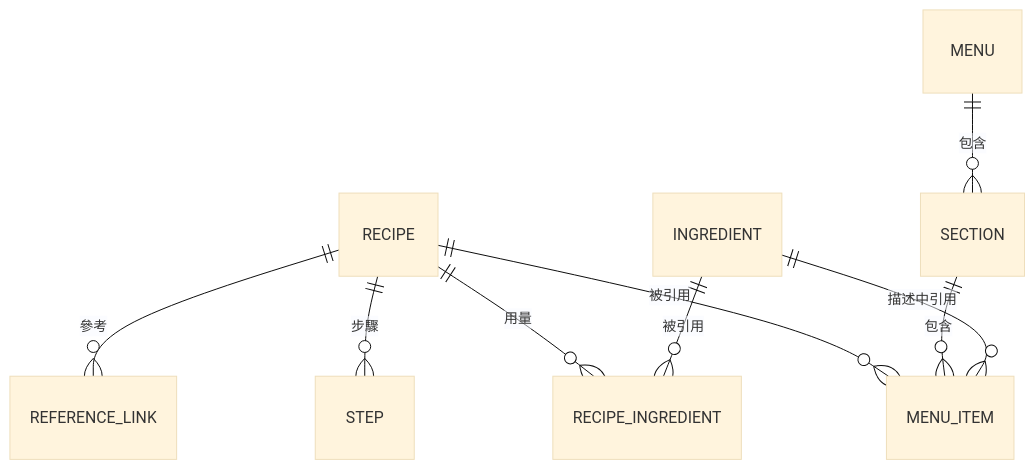
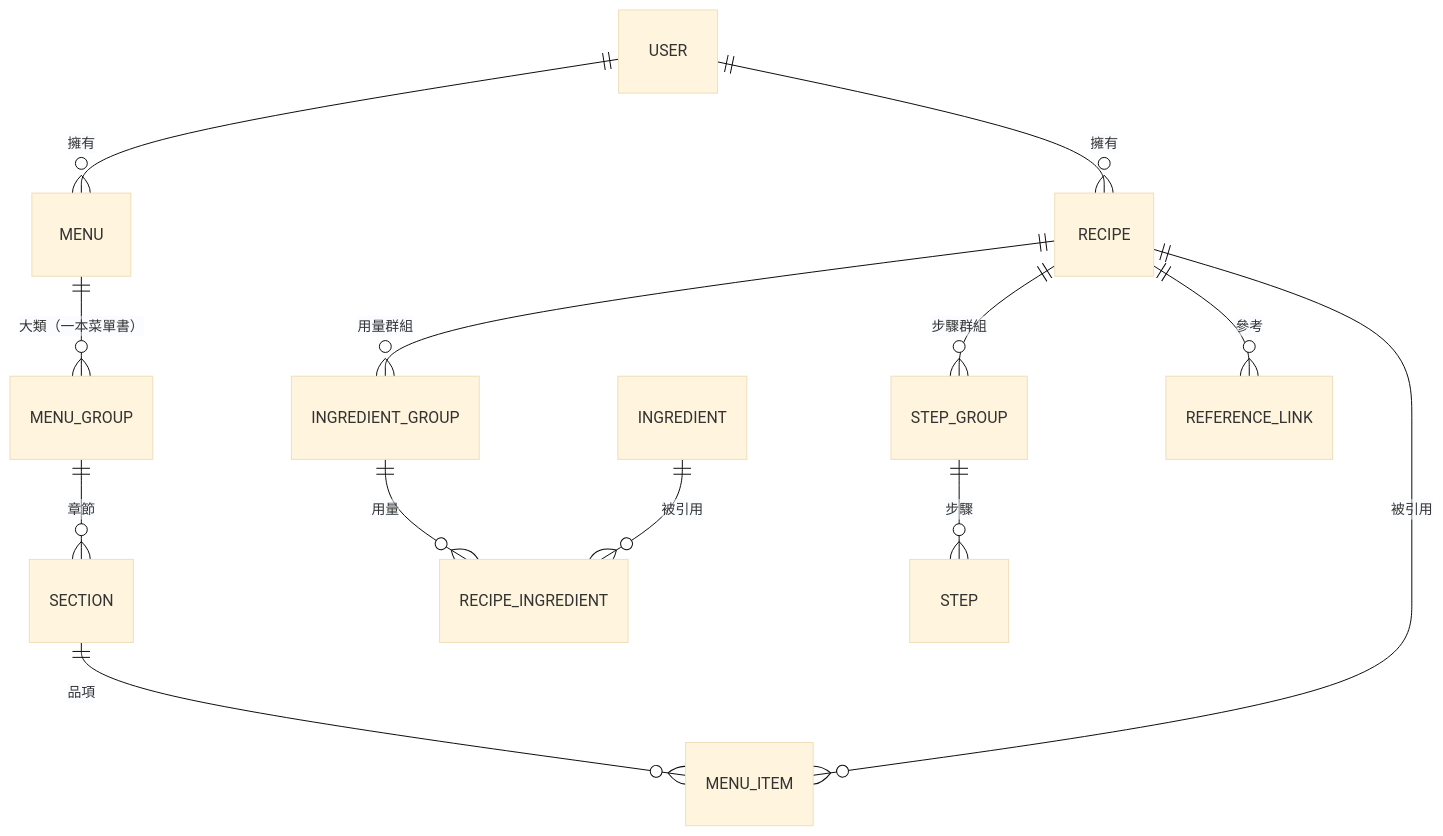
Before and after one commit to piercelin11/epifolio: the second of 2 diagrams in docs/architecture.md, drawn with Mermaid (base theme). The commit also changed other lines of this file and 9 other files, not shown here.

````diff
--- a/docs/architecture.md
+++ b/docs/architecture.md
@@ -32,11 +41,15 @@
 ```mermaid
 erDiagram
+    USER ||--o{ MENU : "擁有"
+    USER ||--o{ RECIPE : "擁有"
+    MENU ||--o{ MENU_GROUP : "大類（一本菜單書）"
+    MENU_GROUP ||--o{ SECTION : "章節"
+    SECTION ||--o{ MENU_ITEM : "品項"
     RECIPE ||--o{ MENU_ITEM : "被引用"
-    MENU ||--o{ SECTION : "包含"
-    SECTION ||--o{ MENU_ITEM : "包含"
-    RECIPE ||--o{ RECIPE_INGREDIENT : "用量"
+    RECIPE ||--o{ INGREDIENT_GROUP : "用量群組"
+    INGREDIENT_GROUP ||--o{ RECIPE_INGREDIENT : "用量"
     INGREDIENT ||--o{ RECIPE_INGREDIENT : "被引用"
-    INGREDIENT ||--o{ MENU_ITEM : "描述中引用"
-    RECIPE ||--o{ STEP : "步驟"
+    RECIPE ||--o{ STEP_GROUP : "步驟群組"
+    STEP_GROUP ||--o{ STEP : "步驟"
     RECIPE ||--o{ REFERENCE_LINK : "參考"
 ```
````
